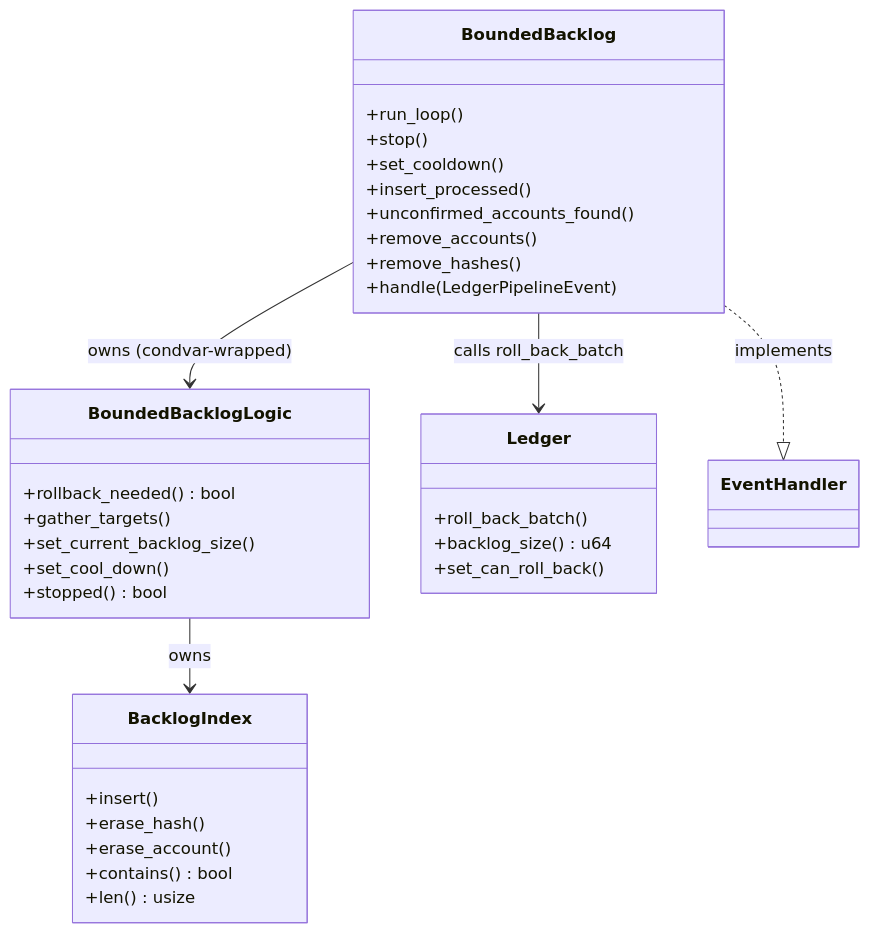
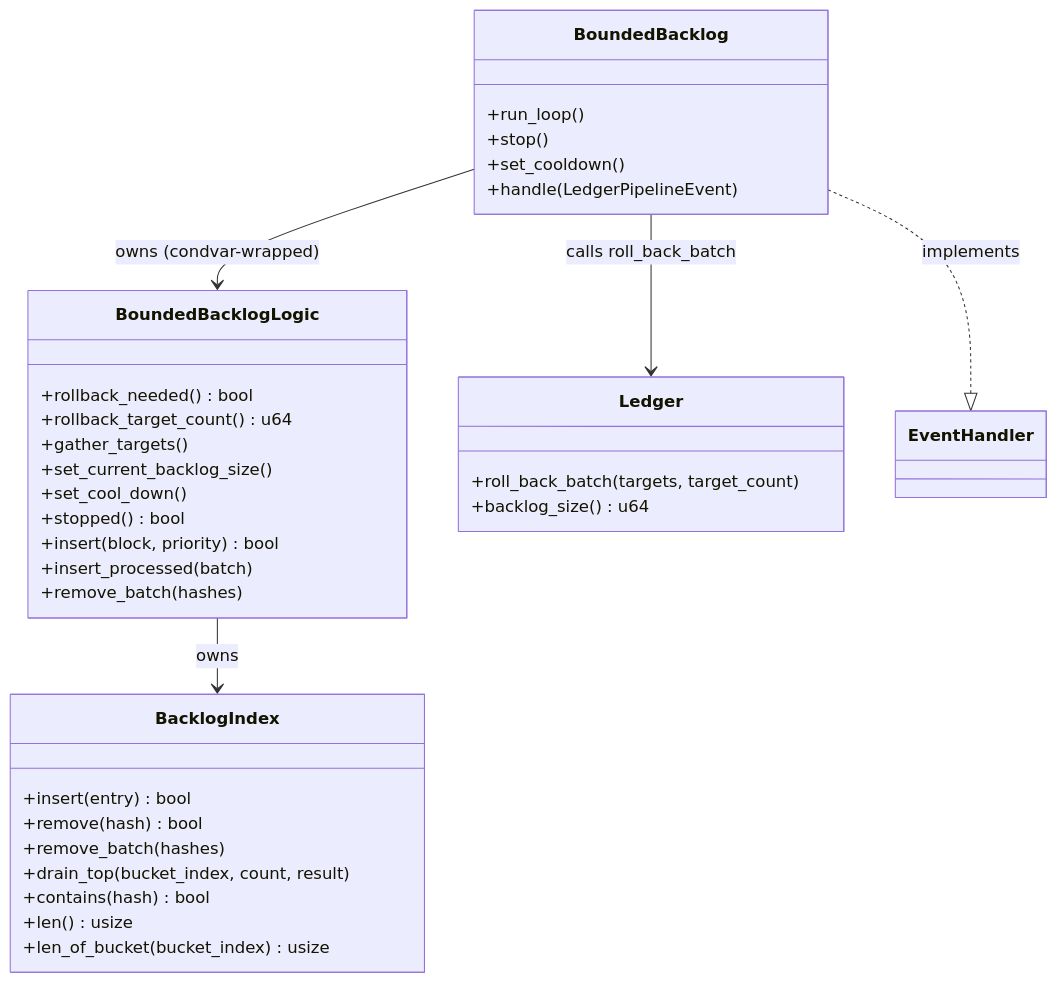
One commit to Fiono11/rsnano-node changed the diagram in node/src/block_processing/bounded_backlog/README.md. Above: the diagram before and after it, drawn with Mermaid. The commit also changed other lines of this file, not shown here.

````diff
--- a/node/src/block_processing/bounded_backlog/README.md
+++ b/node/src/block_processing/bounded_backlog/README.md
@@ -51,40 +59,41 @@
 ```mermaid
 classDiagram
     class BoundedBacklog {
         +run_loop()
         +stop()
         +set_cooldown()
-        +insert_processed()
-        +unconfirmed_accounts_found()
-        +remove_accounts()
-        +remove_hashes()
         +handle(LedgerPipelineEvent)
     }
 
     class BoundedBacklogLogic {
         +rollback_needed() bool
+        +rollback_target_count() u64
         +gather_targets()
         +set_current_backlog_size()
         +set_cool_down()
         +stopped() bool
+        +insert(block, priority) bool
+        +insert_processed(batch)
+        +remove_batch(hashes)
     }
 
     class BacklogIndex {
-        +insert()
-        +erase_hash()
-        +erase_account()
-        +contains() bool
+        +insert(entry) bool
+        +remove(hash) bool
+        +remove_batch(hashes)
+        +drain_top(bucket_index, count, result)
+        +contains(hash) bool
         +len() usize
+        +len_of_bucket(bucket_index) usize
     }
 
     class Ledger {
-        +roll_back_batch()
+        +roll_back_batch(targets, target_count)
         +backlog_size() u64
-        +set_can_roll_back()
     }
 
     BoundedBacklog --> BoundedBacklogLogic : owns (condvar-wrapped)
     BoundedBacklog --> Ledger : calls roll_back_batch
     BoundedBacklogLogic --> BacklogIndex : owns
     BoundedBacklog ..|> EventHandler : implements
 ```
````
